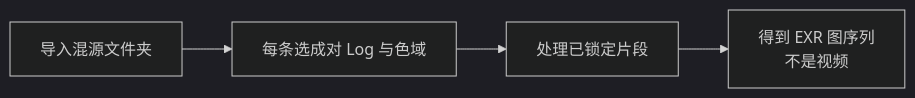
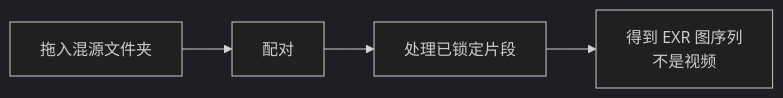
The diagram in DESIGN.md (Dejavu845/LogBridge), drawn with Mermaid (dark theme) before and after one commit. The commit also changed other lines of this file and 18 other files, not shown here.

````diff
--- a/DESIGN.md
+++ b/DESIGN.md
@@ -43,6 +43,6 @@
 ```mermaid
 flowchart LR
-    A[导入混源文件夹] --> B[每条选成对 Log 与色域]
+    A[拖入混源文件夹] --> B[配对]
     B --> C[处理已锁定片段]
     C --> D[得到 EXR 图序列<br/>不是视频]
 ```
````
